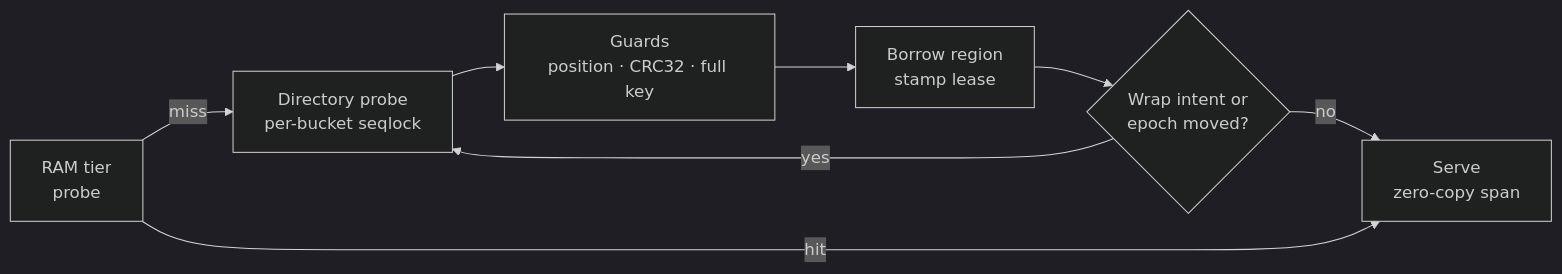
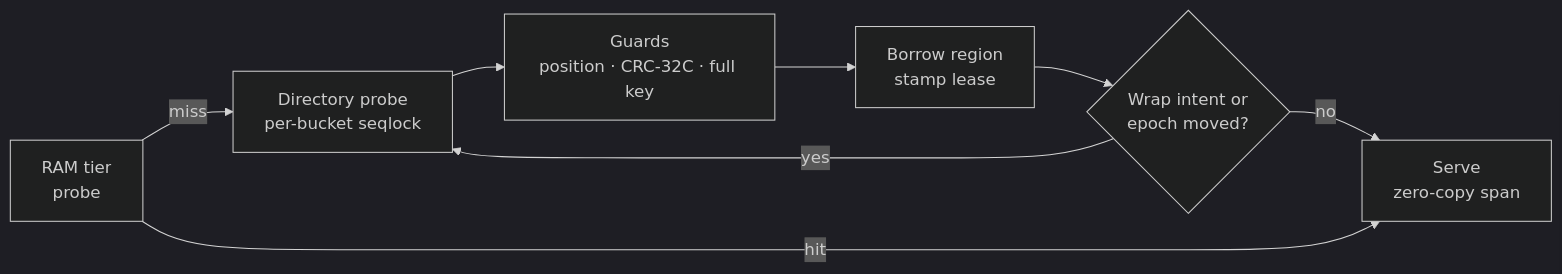
The second of 2 diagrams in README.md (We-Amp/cyclone-cache), drawn with Mermaid (dark theme) before and after one commit. The commit also changed other lines of this file and 27 other files, not shown here.

````diff
--- a/README.md
+++ b/README.md
@@ -78,10 +78,10 @@
 ```mermaid
 flowchart LR
     A["RAM tier<br/>probe"] -->|miss| B["Directory probe<br/>per-bucket seqlock"]
-    B --> C["Guards<br/>position · CRC32 · full key"]
+    B --> C["Guards<br/>position · CRC-32C · full key"]
     C --> D["Borrow region<br/>stamp lease"]
     D --> G{"Wrap intent or<br/>epoch moved?"}
     G -->|no| H["Serve<br/>zero-copy span"]
     G -->|yes| B
     A -->|hit| H
 ```
````
